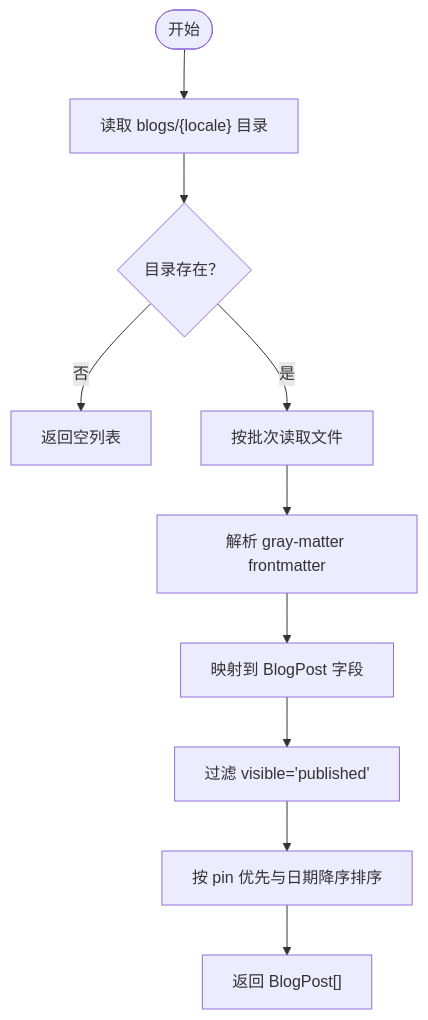
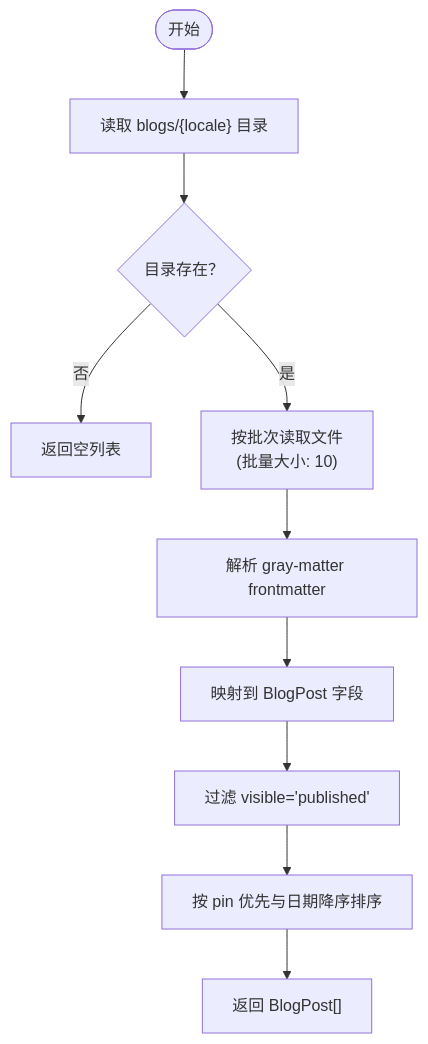
One commit to billychou/linkedin-answer changed the third of 4 diagrams in .qoder/repowiki/zh/content/内容管理系统/内容管理系统.md. Above: the diagram before and after it, drawn with Mermaid. The commit also changed other lines of this file and 4 other files, not shown here.

````diff
--- a/.qoder/repowiki/zh/content/内容管理系统/内容管理系统.md
+++ b/.qoder/repowiki/zh/content/内容管理系统/内容管理系统.md
@@ -151,12 +184,12 @@
 ```mermaid
 flowchart TD
 Start(["开始"]) --> ReadDir["读取 blogs/{locale} 目录"]
 ReadDir --> Exists{"目录存在？"}
 Exists -- 否 --> ReturnEmpty["返回空列表"]
-Exists -- 是 --> Batch["按批次读取文件"]
+Exists -- 是 --> Batch["按批次读取文件<br/>(批量大小: 10)"]
 Batch --> Parse["解析 gray-matter frontmatter"]
 Parse --> MapFields["映射到 BlogPost 字段"]
 MapFields --> Filter["过滤 visible='published'"]
 Filter --> Sort["按 pin 优先与日期降序排序"]
 Sort --> Return["返回 BlogPost[]"]
 ```
````
